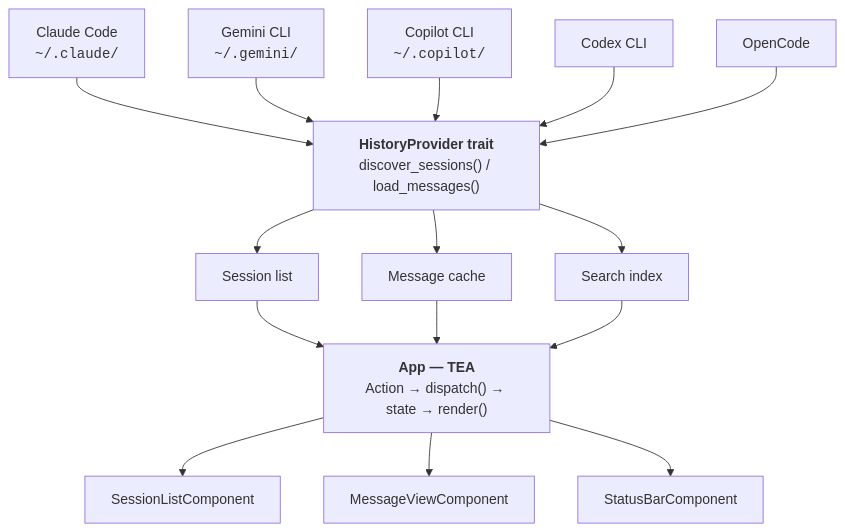
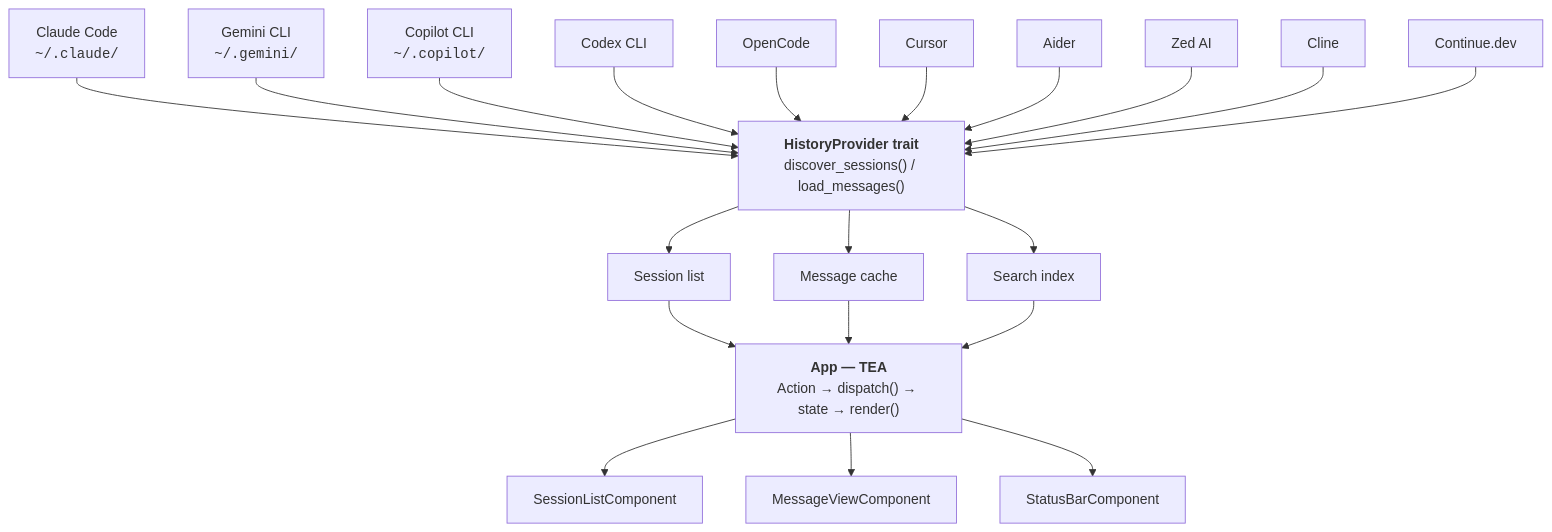
Before and after one commit to Tien-Lam/agent-history: the first of 3 diagrams in docs/ARCHITECTURE.md, drawn with Mermaid. The commit also changed other lines of this file and 3 other files, not shown here.

````diff
--- a/docs/ARCHITECTURE.md
+++ b/docs/ARCHITECTURE.md
@@ -10,24 +10,29 @@
 ```mermaid
 graph TD
     CC["Claude Code<br><code>~/.claude/</code>"] --> HP
     GC["Gemini CLI<br><code>~/.gemini/</code>"] --> HP
     CP["Copilot CLI<br><code>~/.copilot/</code>"] --> HP
     CX["Codex CLI"] --> HP
     OC["OpenCode"] --> HP
+    CU["Cursor"] --> HP
+    AD["Aider"] --> HP
+    ZA["Zed AI"] --> HP
+    CL["Cline"] --> HP
+    CD["Continue.dev"] --> HP
 
     HP["<b>HistoryProvider trait</b><br>discover_sessions() / load_messages()"]
 
     HP --> SL[Session list]
     HP --> MC[Message cache]
     HP --> SI[Search index]
 
     SL --> APP
     MC --> APP
     SI --> APP
 
     APP["<b>App — TEA</b><br>Action → dispatch() → state → render()"]
 
     APP --> UI_SL[SessionListComponent]
     APP --> UI_MV[MessageViewComponent]
     APP --> UI_SB[StatusBarComponent]
 ```
````
